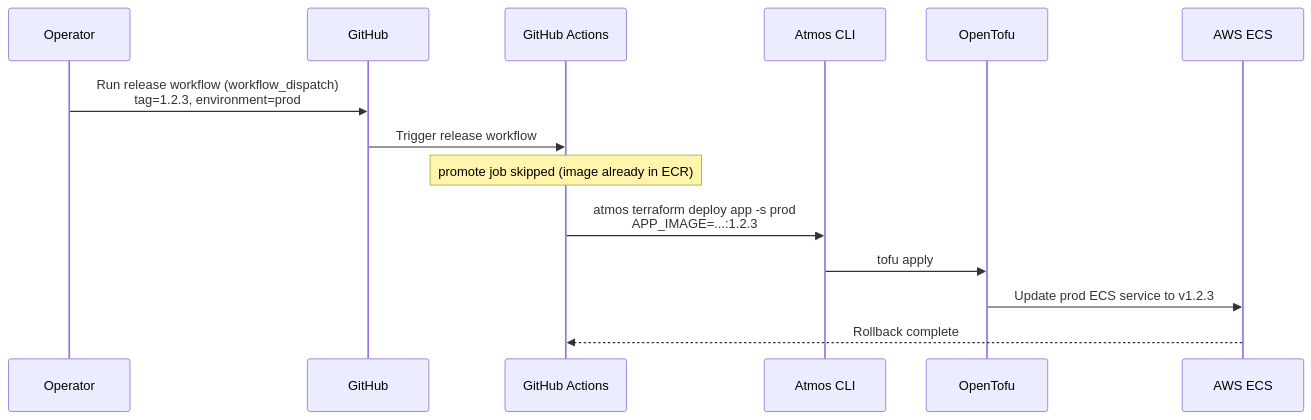
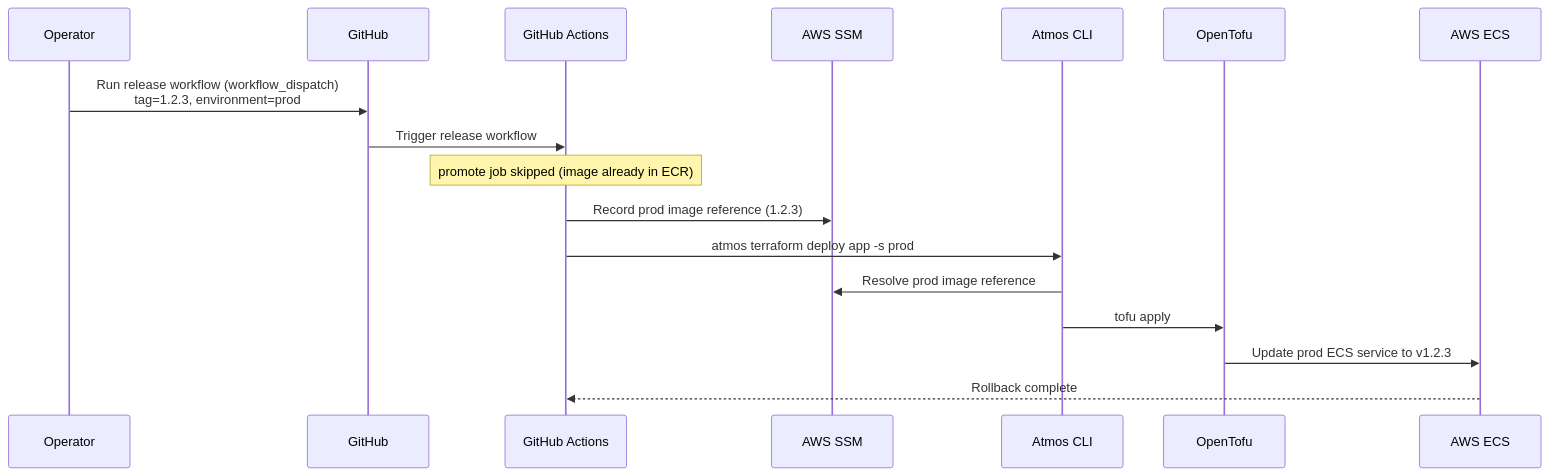
One commit to cloudposse-examples/app-on-ecs-v2 changed the fourth of 5 diagrams in .github/workflows/README.md. Above: the diagram before and after it, drawn with Mermaid. The commit also changed other lines of this file and 13 other files, not shown here.

````diff
--- a/.github/workflows/README.md
+++ b/.github/workflows/README.md
@@ -131,17 +150,20 @@
 ```mermaid
 sequenceDiagram
     participant Op as Operator
     participant GH as GitHub
     participant GA as GitHub Actions
+    participant SSM as AWS SSM
     participant Atmos as Atmos CLI
     participant TF as OpenTofu
     participant ECS as AWS ECS
 
     Op->>GH: Run release workflow (workflow_dispatch)<br/>tag=1.2.3, environment=prod
     GH->>GA: Trigger release workflow
     Note over GA: promote job skipped (image already in ECR)
-    GA->>Atmos: atmos terraform deploy app -s prod<br/>APP_IMAGE=...:1.2.3
+    GA->>SSM: Record prod image reference (1.2.3)
+    GA->>Atmos: atmos terraform deploy app -s prod
+    Atmos->>SSM: Resolve prod image reference
     Atmos->>TF: tofu apply
     TF->>ECS: Update prod ECS service to v1.2.3
     ECS-->>GA: Rollback complete
 ```
````
